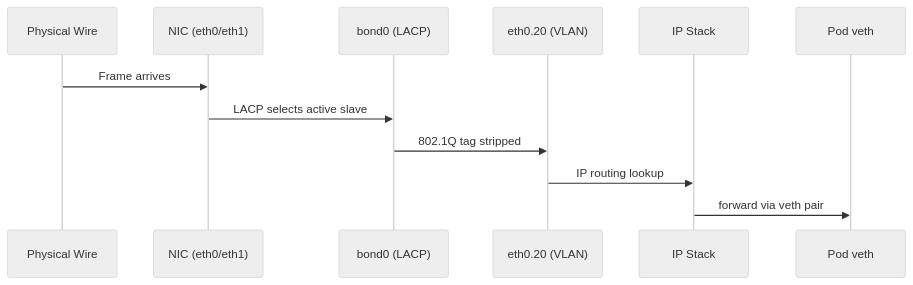
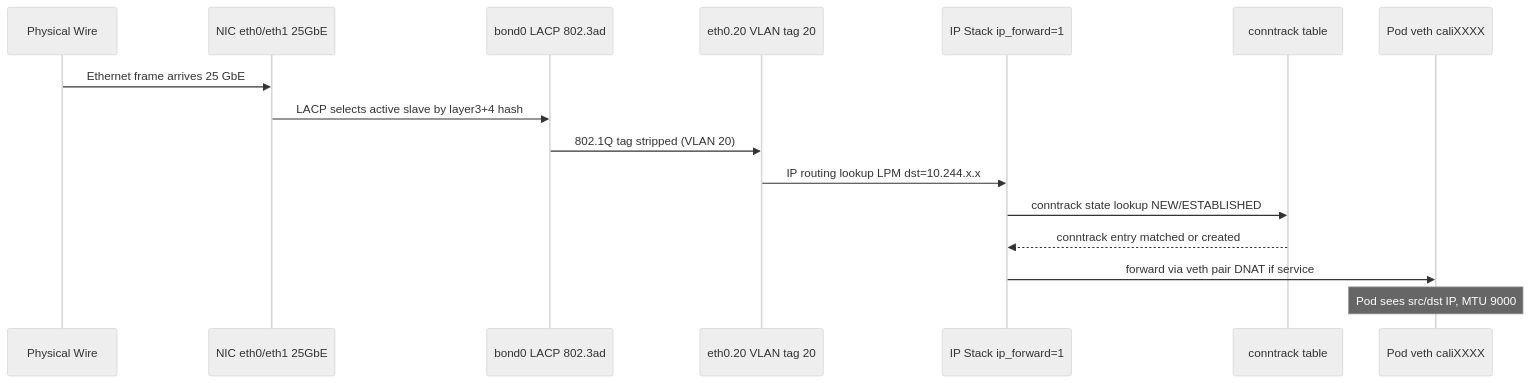
Before and after one commit to MykolaLebid/Kubernetes_networking_engineering: the third of 3 diagrams in lessons/07-bare-metal-network-infrastructure.md, drawn with Mermaid (neutral theme). The commit also changed other lines of this file and 35 other files, not shown here.

First line of the commit message:
Restructure all 34 lessons: Theory/Practice split, richer diagrams, industry examples, navigation

````diff
--- a/lessons/07-bare-metal-network-infrastructure.md
+++ b/lessons/07-bare-metal-network-infrastructure.md
@@ -95,15 +95,19 @@
 ```mermaid
 sequenceDiagram
     participant Wire as Physical Wire
-    participant NIC as NIC (eth0/eth1)
-    participant Bond as bond0 (LACP)
-    participant VLAN as eth0.20 (VLAN)
-    participant Kernel as IP Stack
-    participant Pod as Pod veth
+    participant NIC as NIC eth0/eth1 25GbE
+    participant Bond as bond0 LACP 802.3ad
+    participant VLAN as eth0.20 VLAN tag 20
+    participant Kernel as IP Stack ip_forward=1
+    participant CT as conntrack table
+    participant Pod as Pod veth caliXXXX
 
-    Wire->>NIC: Frame arrives
-    NIC->>Bond: LACP selects active slave
-    Bond->>VLAN: 802.1Q tag stripped
-    VLAN->>Kernel: IP routing lookup
-    Kernel->>Pod: forward via veth pair
+    Wire->>NIC: Ethernet frame arrives 25 GbE
+    NIC->>Bond: LACP selects active slave by layer3+4 hash
+    Bond->>VLAN: 802.1Q tag stripped (VLAN 20)
+    VLAN->>Kernel: IP routing lookup LPM dst=10.244.x.x
+    Kernel->>CT: conntrack state lookup NEW/ESTABLISHED
+    CT-->>Kernel: conntrack entry matched or created
+    Kernel->>Pod: forward via veth pair DNAT if service
+    Note over Pod: Pod sees src/dst IP, MTU 9000
 ```
````
